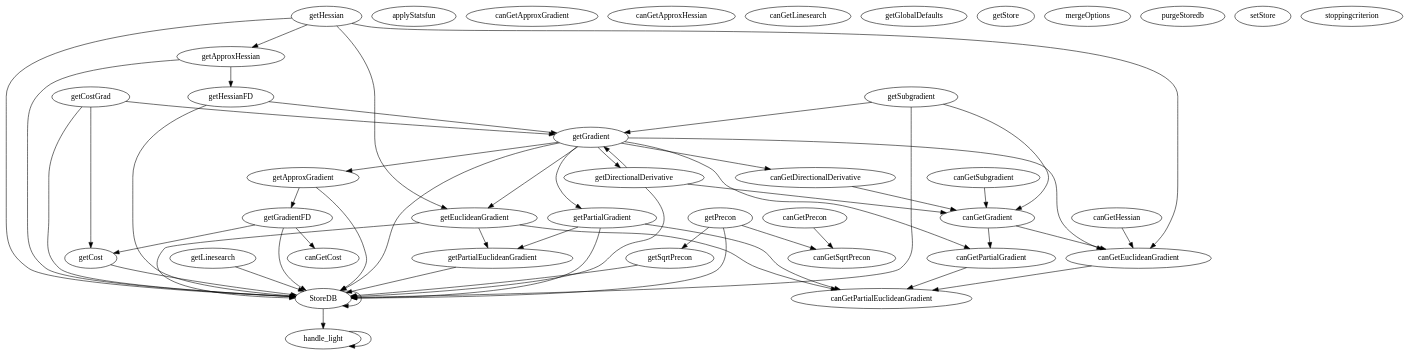
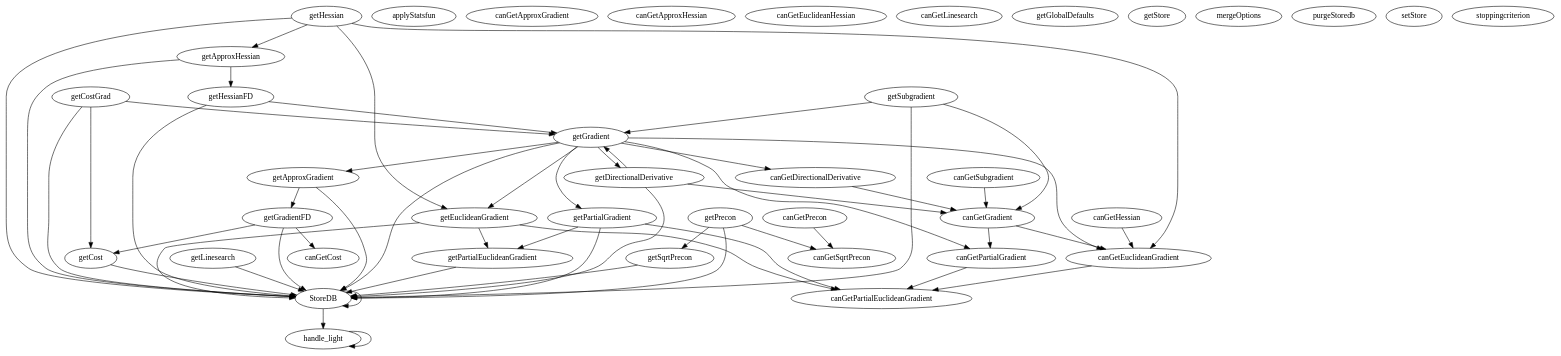
Before and after one commit to NicolasBoumal/manopt: the diagram in web/reference/manopt/core/graph.dot, drawn with Graphviz. The commit also changed 481 other files, not shown here.

```diff
--- a/web/reference/manopt/core/graph.dot
+++ b/web/reference/manopt/core/graph.dot
@@ -1,96 +1,97 @@
 /* Created by mdot for Matlab */
 digraph m2html {
   StoreDB -> StoreDB;
   StoreDB -> handle_light;
   canGetDirectionalDerivative -> canGetGradient;
   canGetEuclideanGradient -> canGetPartialEuclideanGradient;
   canGetGradient -> canGetEuclideanGradient;
   canGetGradient -> canGetPartialGradient;
   canGetHessian -> canGetEuclideanGradient;
   canGetPartialGradient -> canGetPartialEuclideanGradient;
   canGetPrecon -> canGetSqrtPrecon;
   canGetSubgradient -> canGetGradient;
   getApproxGradient -> StoreDB;
   getApproxGradient -> getGradientFD;
   getApproxHessian -> StoreDB;
   getApproxHessian -> getHessianFD;
   getCost -> StoreDB;
   getCostGrad -> StoreDB;
   getCostGrad -> getCost;
   getCostGrad -> getGradient;
   getDirectionalDerivative -> StoreDB;
   getDirectionalDerivative -> canGetGradient;
   getDirectionalDerivative -> getGradient;
   getEuclideanGradient -> StoreDB;
   getEuclideanGradient -> canGetPartialEuclideanGradient;
   getEuclideanGradient -> getPartialEuclideanGradient;
   getGradient -> StoreDB;
   getGradient -> canGetDirectionalDerivative;
   getGradient -> canGetEuclideanGradient;
   getGradient -> canGetPartialGradient;
   getGradient -> getApproxGradient;
   getGradient -> getDirectionalDerivative;
   getGradient -> getEuclideanGradient;
   getGradient -> getPartialGradient;
   getGradientFD -> StoreDB;
   getGradientFD -> canGetCost;
   getGradientFD -> getCost;
   getHessian -> StoreDB;
   getHessian -> canGetEuclideanGradient;
   getHessian -> getApproxHessian;
   getHessian -> getEuclideanGradient;
   getHessianFD -> StoreDB;
   getHessianFD -> getGradient;
   getLinesearch -> StoreDB;
   getPartialEuclideanGradient -> StoreDB;
   getPartialGradient -> StoreDB;
   getPartialGradient -> canGetPartialEuclideanGradient;
   getPartialGradient -> getPartialEuclideanGradient;
   getPrecon -> StoreDB;
   getPrecon -> canGetSqrtPrecon;
   getPrecon -> getSqrtPrecon;
   getSqrtPrecon -> StoreDB;
   getSubgradient -> StoreDB;
   getSubgradient -> canGetGradient;
   getSubgradient -> getGradient;
   handle_light -> handle_light;
 
   StoreDB [URL="StoreDB.html"];
   applyStatsfun [URL="applyStatsfun.html"];
   canGetApproxGradient [URL="canGetApproxGradient.html"];
   canGetApproxHessian [URL="canGetApproxHessian.html"];
   canGetCost [URL="canGetCost.html"];
   canGetDirectionalDerivative [URL="canGetDirectionalDerivative.html"];
   canGetEuclideanGradient [URL="canGetEuclideanGradient.html"];
+  canGetEuclideanHessian [URL="canGetEuclideanHessian.html"];
   canGetGradient [URL="canGetGradient.html"];
   canGetHessian [URL="canGetHessian.html"];
   canGetLinesearch [URL="canGetLinesearch.html"];
   canGetPartialEuclideanGradient [URL="canGetPartialEuclideanGradient.html"];
   canGetPartialGradient [URL="canGetPartialGradient.html"];
   canGetPrecon [URL="canGetPrecon.html"];
   canGetSqrtPrecon [URL="canGetSqrtPrecon.html"];
   canGetSubgradient [URL="canGetSubgradient.html"];
   getApproxGradient [URL="getApproxGradient.html"];
   getApproxHessian [URL="getApproxHessian.html"];
   getCost [URL="getCost.html"];
   getCostGrad [URL="getCostGrad.html"];
   getDirectionalDerivative [URL="getDirectionalDerivative.html"];
   getEuclideanGradient [URL="getEuclideanGradient.html"];
   getGlobalDefaults [URL="getGlobalDefaults.html"];
   getGradient [URL="getGradient.html"];
   getGradientFD [URL="getGradientFD.html"];
   getHessian [URL="getHessian.html"];
   getHessianFD [URL="getHessianFD.html"];
   getLinesearch [URL="getLinesearch.html"];
   getPartialEuclideanGradient [URL="getPartialEuclideanGradient.html"];
   getPartialGradient [URL="getPartialGradient.html"];
   getPrecon [URL="getPrecon.html"];
   getSqrtPrecon [URL="getSqrtPrecon.html"];
   getStore [URL="getStore.html"];
   getSubgradient [URL="getSubgradient.html"];
   handle_light [URL="handle_light.html"];
   mergeOptions [URL="mergeOptions.html"];
   purgeStoredb [URL="purgeStoredb.html"];
   setStore [URL="setStore.html"];
   stoppingcriterion [URL="stoppingcriterion.html"];
 }
```
